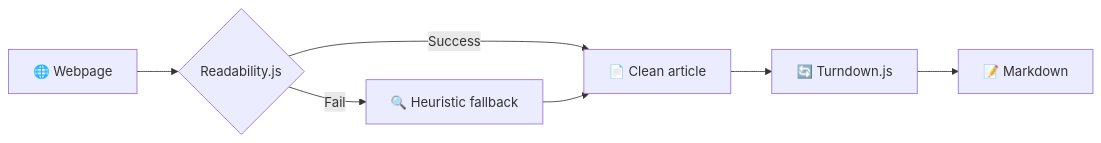
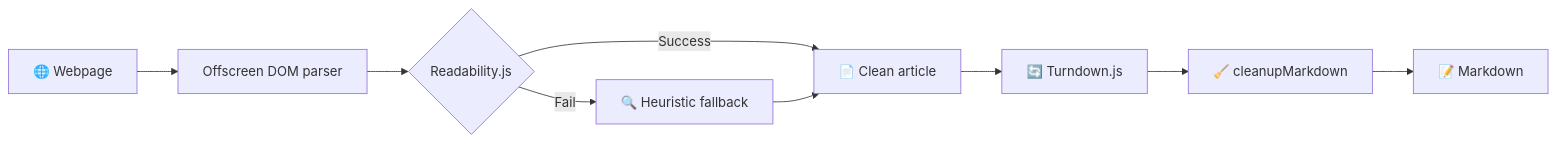
One commit to qveys/webpage-to-markdown changed the diagram in README.md. Above: the diagram before and after it, drawn with Mermaid. The commit also changed other lines of this file, not shown here.

````diff
--- a/README.md
+++ b/README.md
@@ -93,9 +133,11 @@
 ```mermaid
 graph LR
-    A[🌐 Webpage] --> B{Readability.js}
-    B -->|Success| C[📄 Clean article]
-    B -->|Fail| D[🔍 Heuristic fallback]
-    D --> C
-    C --> E[🔄 Turndown.js]
-    E --> F[📝 Markdown]
+    A[🌐 Webpage] --> B[Offscreen DOM parser]
+    B --> C{Readability.js}
+    C -->|Success| D[📄 Clean article]
+    C -->|Fail| E[🔍 Heuristic fallback]
+    E --> D
+    D --> F[🔄 Turndown.js]
+    F --> G[🧹 cleanupMarkdown]
+    G --> H[📝 Markdown]
 ```
````
